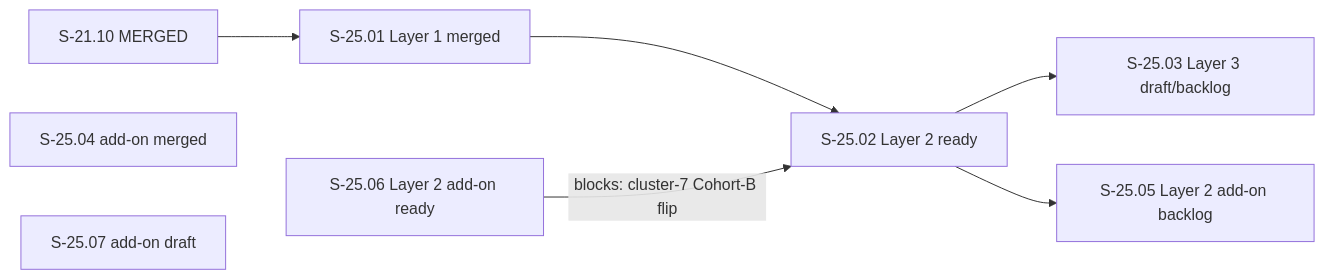
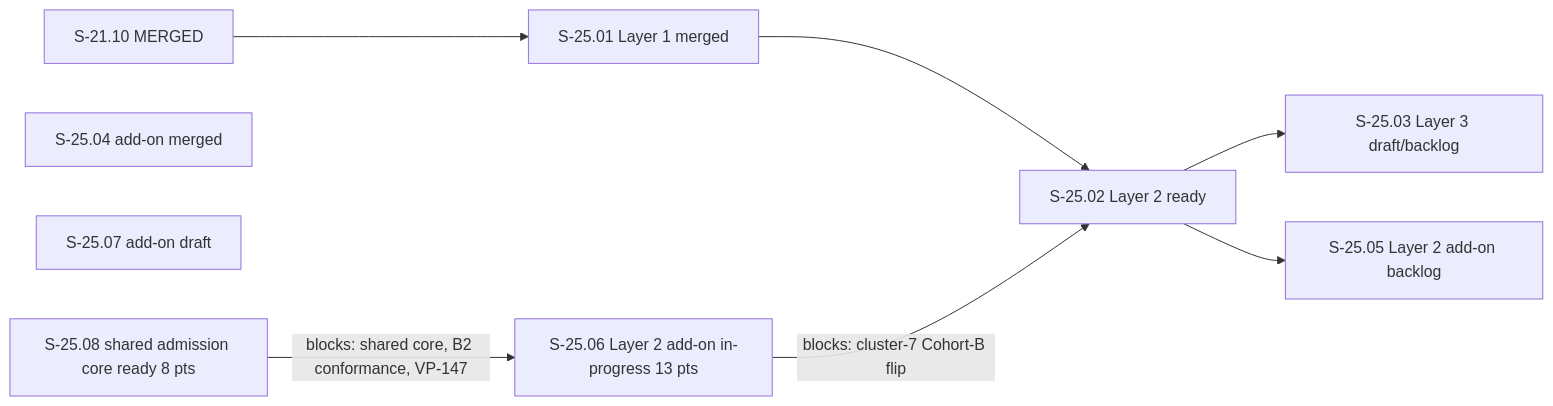
One commit to BOHICA-LABS/vsdd-factory changed the diagram in stories/epics/E-25-validation-integrity.md. Above: the diagram before and after it, drawn with Mermaid. The commit also changed other lines of this file and 25 other files, not shown here.

````diff
--- a/stories/epics/E-25-validation-integrity.md
+++ b/stories/epics/E-25-validation-integrity.md
@@ -191,17 +202,19 @@
 ```mermaid
 graph LR
   S21_10[S-21.10 MERGED]
   S25_01[S-25.01 Layer 1 merged]
   S25_02[S-25.02 Layer 2 ready]
   S25_03[S-25.03 Layer 3 draft/backlog]
   S25_04[S-25.04 add-on merged]
   S25_05[S-25.05 Layer 2 add-on backlog]
-  S25_06[S-25.06 Layer 2 add-on ready]
+  S25_06[S-25.06 Layer 2 add-on in-progress 13 pts]
   S25_07[S-25.07 add-on draft]
+  S25_08[S-25.08 shared admission core ready 8 pts]
 
   S21_10 --> S25_01
   S25_01 --> S25_02
+  S25_08 -->|blocks: shared core, B2 conformance, VP-147| S25_06
   S25_06 -->|blocks: cluster-7 Cohort-B flip| S25_02
   S25_02 --> S25_03
   S25_02 --> S25_05
 ```
````
